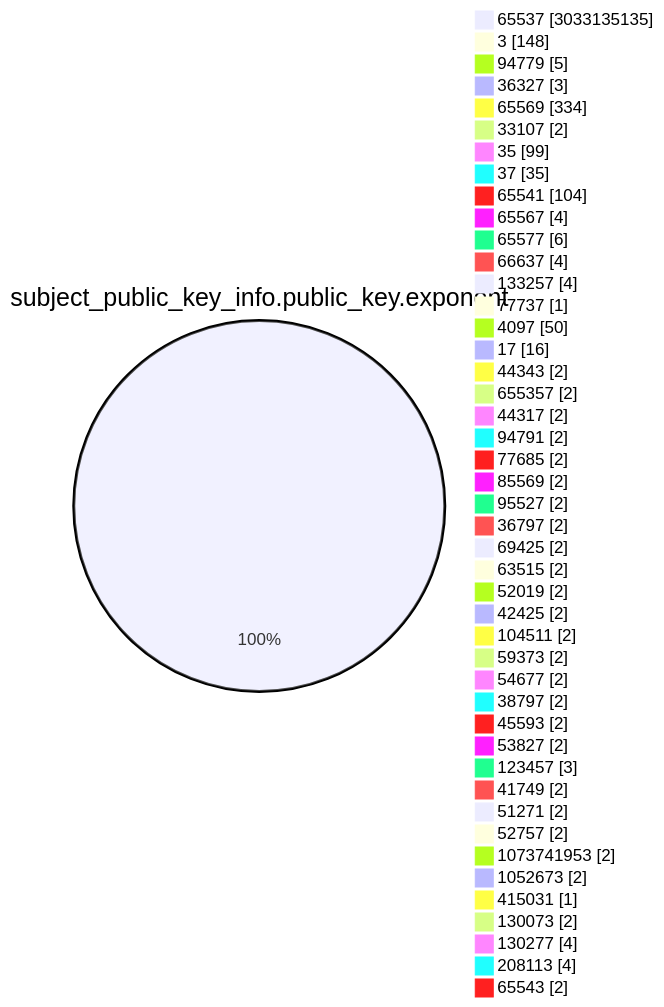
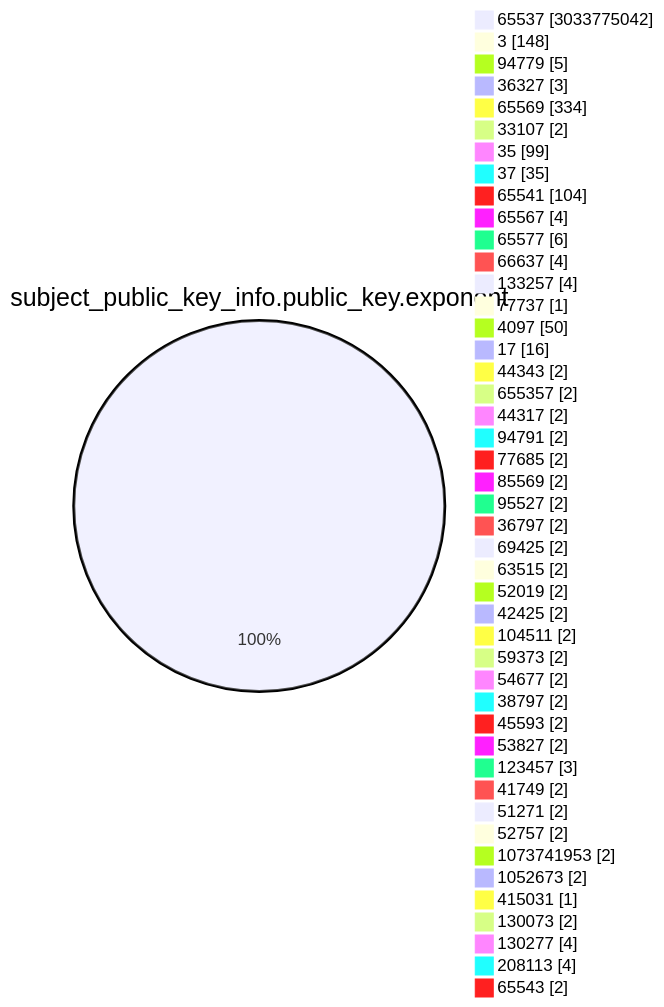
Before and after one commit to christiankrug/ctmonitor_visualization: the fourth of 15 diagrams in TOTAL/README.md, drawn with Mermaid. The commit also changed other lines of this file, not shown here.

````diff
--- a/TOTAL/README.md
+++ b/TOTAL/README.md
@@ -1473,49 +1473,49 @@
 ```mermaid
 pie showData
 title subject_public_key_info.public_key.exponent
-"65537" :3033135135
+"65537" :3033775042
 "3" :148
 "94779" :5
 "36327" :3
 "65569" :334
 "33107" :2
 "35" :99
 "37" :35
 "65541" :104
 "65567" :4
 "65577" :6
 "66637" :4
 "133257" :4
 "77737" :1
 "4097" :50
 "17" :16
 "44343" :2
 "655357" :2
 "44317" :2
 "94791" :2
 "77685" :2
 "85569" :2
 "95527" :2
 "36797" :2
 "69425" :2
 "63515" :2
 "52019" :2
 "42425" :2
 "104511" :2
 "59373" :2
 "54677" :2
 "38797" :2
 "45593" :2
 "53827" :2
 "123457" :3
 "41749" :2
 "51271" :2
 "52757" :2
 "1073741953" :2
 "1052673" :2
 "415031" :1
 "130073" :2
 "130277" :4
 "208113" :4
 "65543" :2
 ```
````
